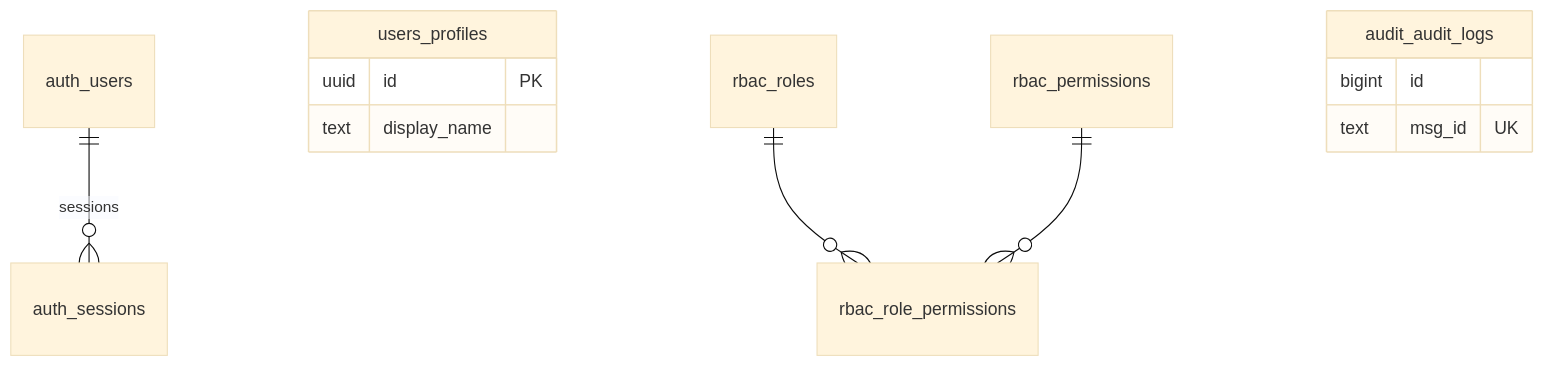
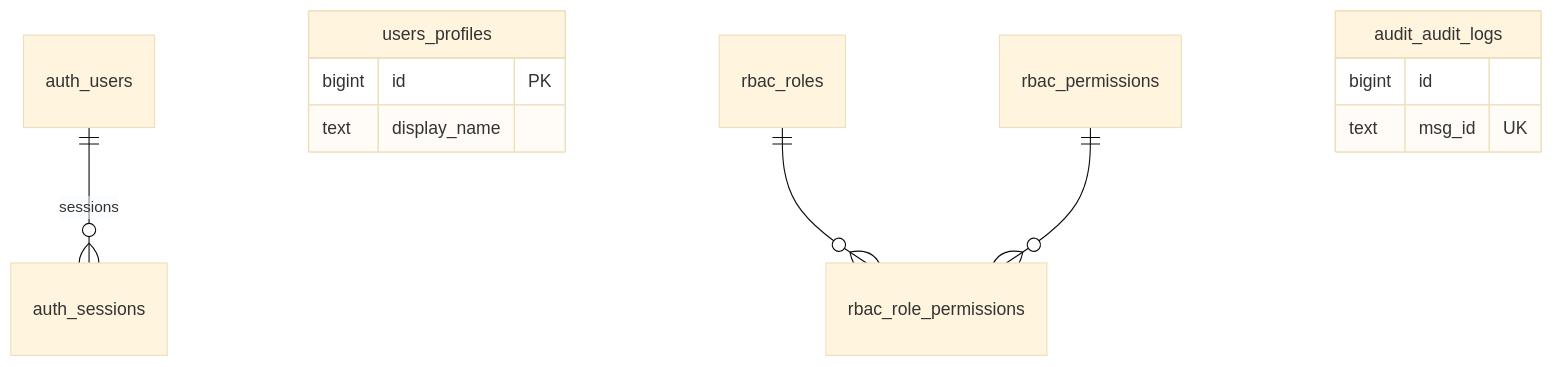
Before and after one commit to kochan4php/go-platform-starter: the second of 5 diagrams in docs/ARCHITECTURE.md, drawn with Mermaid (base theme). The commit also changed other lines of this file and 64 other files, not shown here.

````diff
--- a/docs/ARCHITECTURE.md
+++ b/docs/ARCHITECTURE.md
@@ -44,14 +44,14 @@
 ```mermaid
 erDiagram
     auth_users ||--o{ auth_sessions : "sessions"
     users_profiles {
-        uuid id PK
+        bigint id PK
         text display_name
     }
     rbac_roles ||--o{ rbac_role_permissions : ""
     rbac_permissions ||--o{ rbac_role_permissions : ""
     audit_audit_logs {
         bigint id
         text msg_id UK
     }
 ```
````
